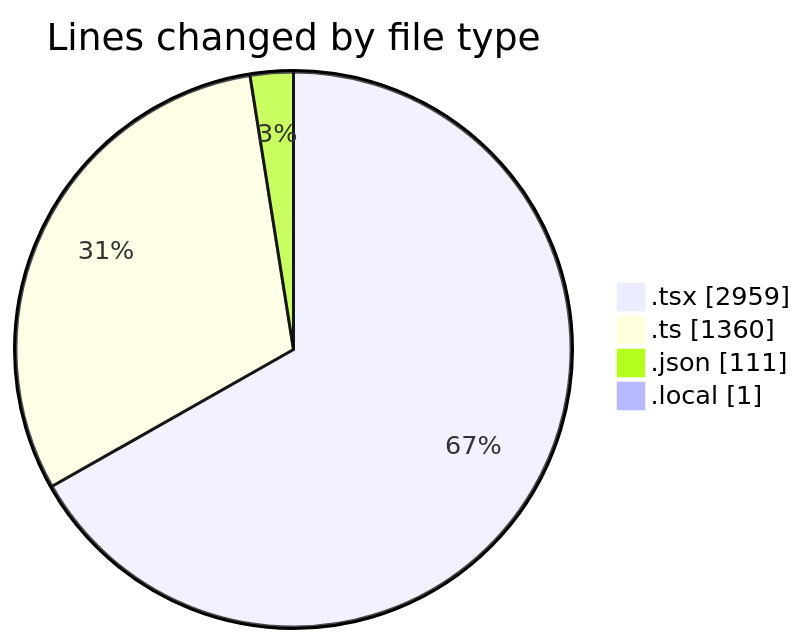
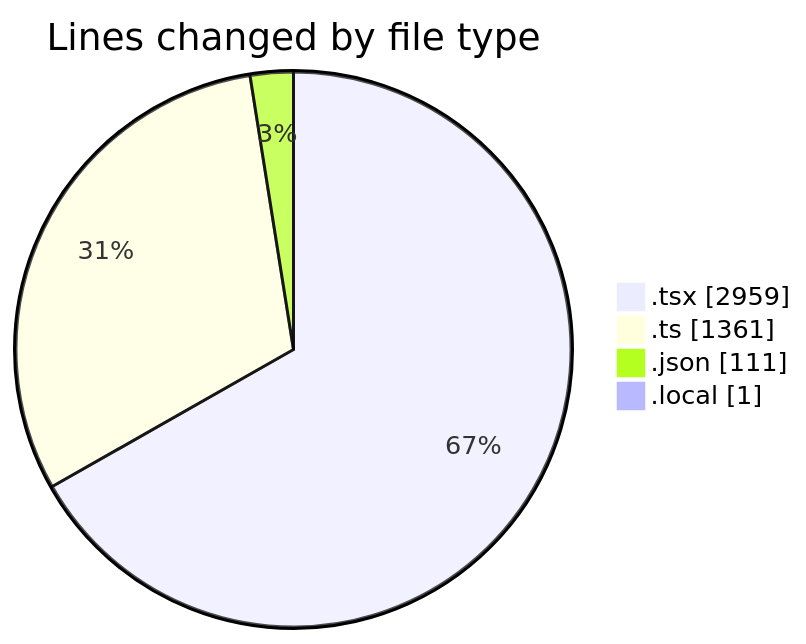
Before and after one commit to julien-gomy/code-tracking: the first of 2 diagrams in 2025-11-08/eventscop-frontend-guide__workspace_/README.md, drawn with Mermaid. The commit also changed other lines of this file and 1 other file, not shown here.

````diff
--- a/2025-11-08/eventscop-frontend-guide__workspace_/README.md
+++ b/2025-11-08/eventscop-frontend-guide__workspace_/README.md
@@ -60,8 +60,8 @@
 ```mermaid
 pie showData
 title Lines changed by file type
 ".tsx" : 2959
-".ts" : 1360
+".ts" : 1361
 ".json" : 111
 ".local" : 1
 ```
````
